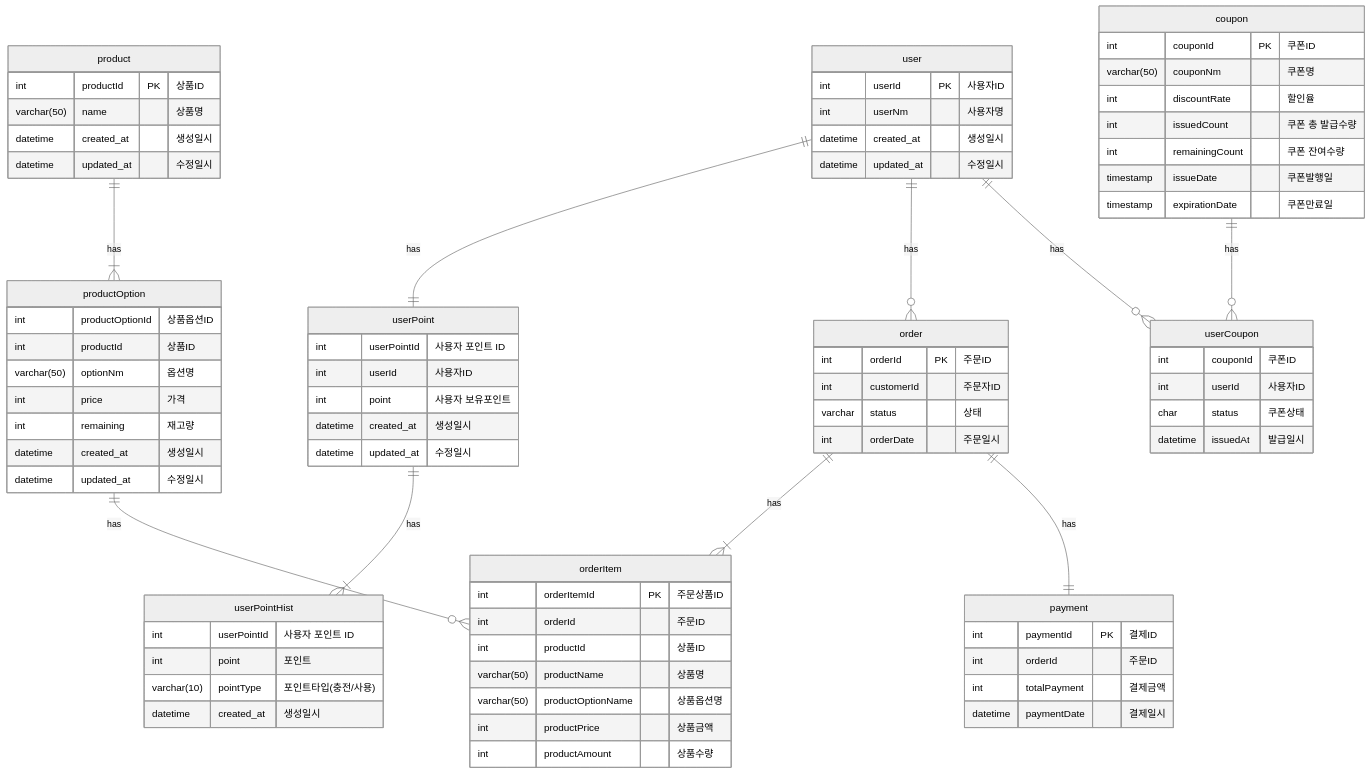
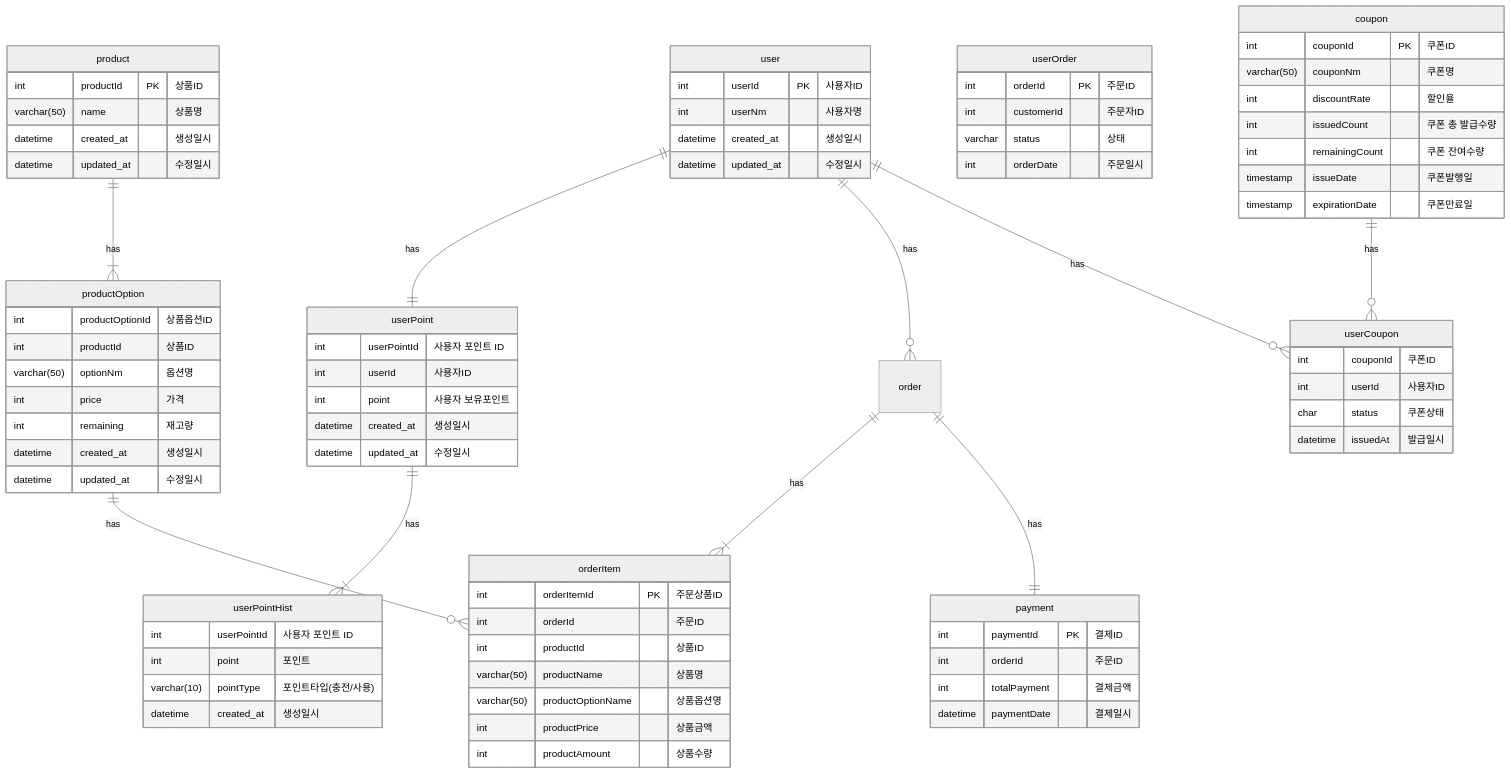
Before and after one commit to OO-b/E-commerce-system: the diagram in docs/erd/Erd.md, drawn with Mermaid (neutral theme). The commit also changed 33 other files, not shown here.

```diff
--- a/docs/erd/Erd.md
+++ b/docs/erd/Erd.md
@@ -42,7 +42,7 @@
         datetime updated_at "수정일시"
     }
 
-    order {
+    userOrder {
         int orderId PK "주문ID"
         int customerId "주문자ID"
         varchar status "상태"
```
